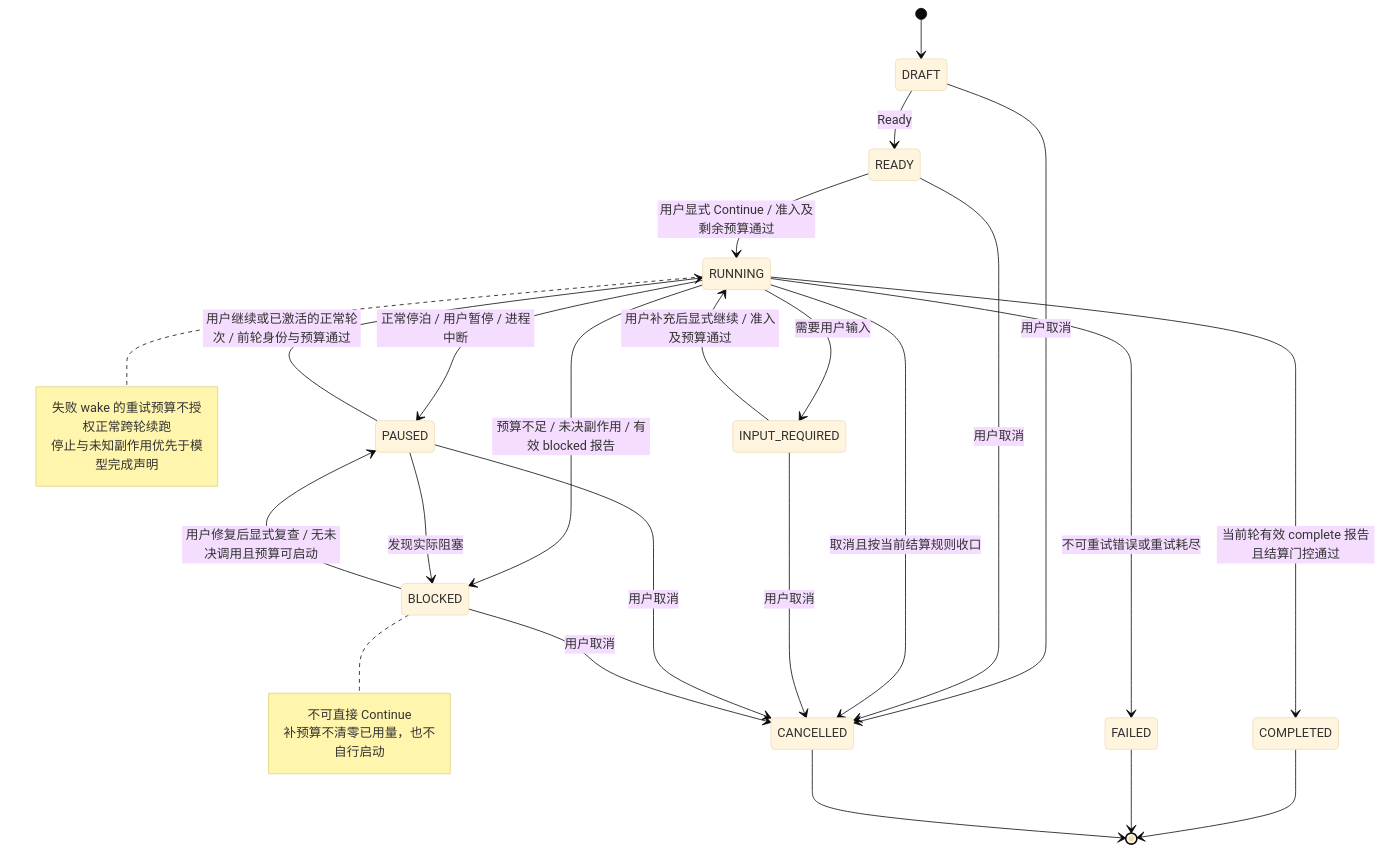
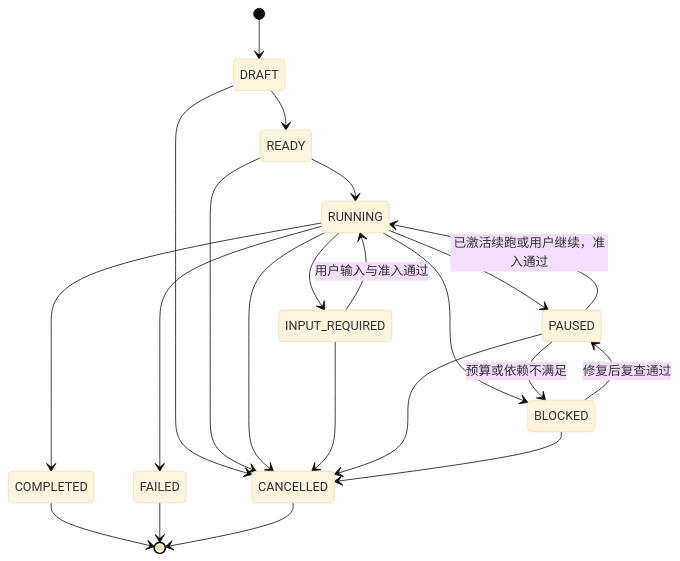
One commit to dollarser/helix-agent changed the sixth of 11 diagrams in docs/research/helix-mermaid-architecture-diagrams.md. Above: the diagram before and after it, drawn with Mermaid (base theme). The commit also changed other lines of this file and 1 other file, not shown here.

Commit message:
docs: align research and architecture diagrams with current decisions

````diff
--- a/docs/research/helix-mermaid-architecture-diagrams.md
+++ b/docs/research/helix-mermaid-architecture-diagrams.md
@@ -225,32 +138,24 @@
 ```mermaid
 stateDiagram-v2
     [*] --> DRAFT
-    DRAFT --> READY: Ready
-    DRAFT --> CANCELLED: 用户取消
-    READY --> RUNNING: 用户显式 Continue / 准入及剩余预算通过
-    READY --> CANCELLED: 用户取消
-    RUNNING --> INPUT_REQUIRED: 需要用户输入
-    RUNNING --> PAUSED: 正常停泊 / 用户暂停 / 进程中断
-    RUNNING --> BLOCKED: 预算不足 / 未决副作用 / 有效 blocked 报告
-    RUNNING --> COMPLETED: 当前轮有效 complete 报告且结算门控通过
-    RUNNING --> FAILED: 不可重试错误或重试耗尽
-    RUNNING --> CANCELLED: 取消且按当前结算规则收口
-    INPUT_REQUIRED --> RUNNING: 用户补充后显式继续 / 准入及预算通过
-    INPUT_REQUIRED --> CANCELLED: 用户取消
-    PAUSED --> RUNNING: 用户继续或已激活的正常轮次 / 前轮身份与预算通过
-    PAUSED --> BLOCKED: 发现实际阻塞
-    PAUSED --> CANCELLED: 用户取消
-    BLOCKED --> PAUSED: 用户修复后显式复查 / 无未决调用且预算可启动
-    BLOCKED --> CANCELLED: 用户取消
+    DRAFT --> READY
+    DRAFT --> CANCELLED
+    READY --> RUNNING
+    READY --> CANCELLED
+    RUNNING --> INPUT_REQUIRED
+    RUNNING --> PAUSED
+    RUNNING --> BLOCKED
+    RUNNING --> COMPLETED
+    RUNNING --> FAILED
+    RUNNING --> CANCELLED
+    INPUT_REQUIRED --> RUNNING: 用户输入与准入通过
+    INPUT_REQUIRED --> CANCELLED
+    PAUSED --> RUNNING: 已激活续跑或用户继续，准入通过
+    PAUSED --> BLOCKED: 预算或依赖不满足
+    PAUSED --> CANCELLED
+    BLOCKED --> PAUSED: 修复后复查通过
+    BLOCKED --> CANCELLED
     COMPLETED --> [*]
     FAILED --> [*]
     CANCELLED --> [*]
-    note right of RUNNING
-        失败 wake 的重试预算不授权正常跨轮续跑
-        停止与未知副作用优先于模型完成声明
-    end note
-    note right of BLOCKED
-        不可直接 Continue
-        补预算不清零已用量，也不自行启动
-    end note
 ```
````
